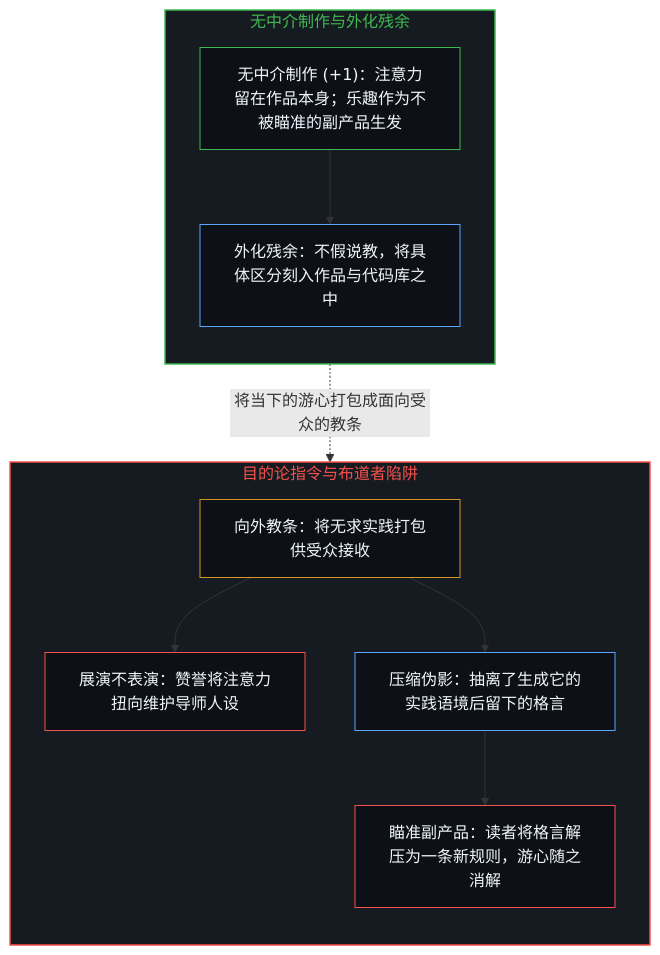
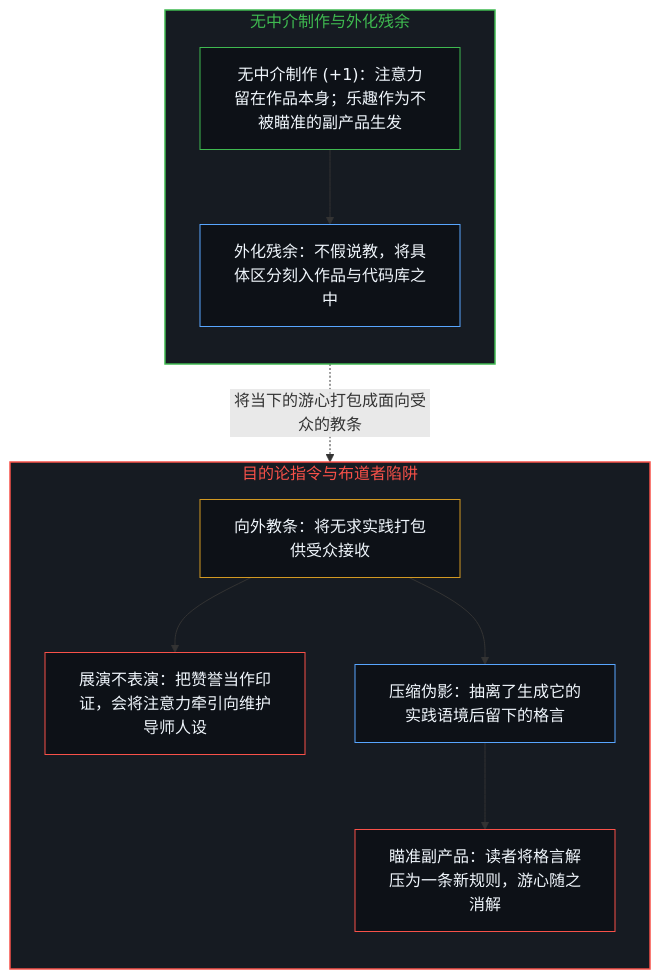
Before and after one commit to powerpig99/not-a-toe: the first of 2 diagrams in content/posts/the-interesting-case-of-rubin.md, drawn with Mermaid. The commit also changed other lines of this file and 9 other files, not shown here.

````diff
--- a/content/posts/the-interesting-case-of-rubin.md
+++ b/content/posts/the-interesting-case-of-rubin.md
@@ -17,27 +17,27 @@
 ```mermaid
 flowchart TD
     subgraph S_Work["无中介制作与外化残余"]
         direction TB
         Make["无中介制作 (+1)：注意力留在作品本身；乐趣作为不被瞄准的副产品生发"]
         Residue["外化残余：不假说教，将具体区分刻入作品与代码库之中"]
         Make --> Residue
     end
     subgraph S_Preach["目的论指令与布道者陷阱"]
         direction TB
         Preach["向外教条：将无求实践打包供受众接收"]
-        Brand["展演不表演：赞誉将注意力扭向维护导师人设"]
+        Brand["展演不表演：把赞誉当作印证，会将注意力牵引向维护导师人设"]
         Compress["压缩伪影：抽离了生成它的实践语境后留下的格言"]
         Aim["瞄准副产品：读者将格言解压为一条新规则，游心随之消解"]
         Preach --> Brand
         Preach --> Compress --> Aim
     end
     Make -.->|"将当下的游心打包成面向受众的教条"| Preach
     style S_Work fill:#161b22,stroke:#3fb950,stroke-width:1.5px,color:#3fb950
     style S_Preach fill:#161b22,stroke:#f85149,stroke-width:1.5px,color:#f85149
     style Make fill:#0d1117,stroke:#3fb950,stroke-width:1px,color:#f0f6fc
     style Residue fill:#0d1117,stroke:#58a6ff,stroke-width:1px,color:#f0f6fc
     style Preach fill:#0d1117,stroke:#d29922,stroke-width:1px,color:#f0f6fc
     style Brand fill:#0d1117,stroke:#f85149,stroke-width:1px,color:#f0f6fc
     style Compress fill:#0d1117,stroke:#58a6ff,stroke-width:1px,color:#f0f6fc
     style Aim fill:#0d1117,stroke:#f85149,stroke-width:1px,color:#f0f6fc
 ```
````
